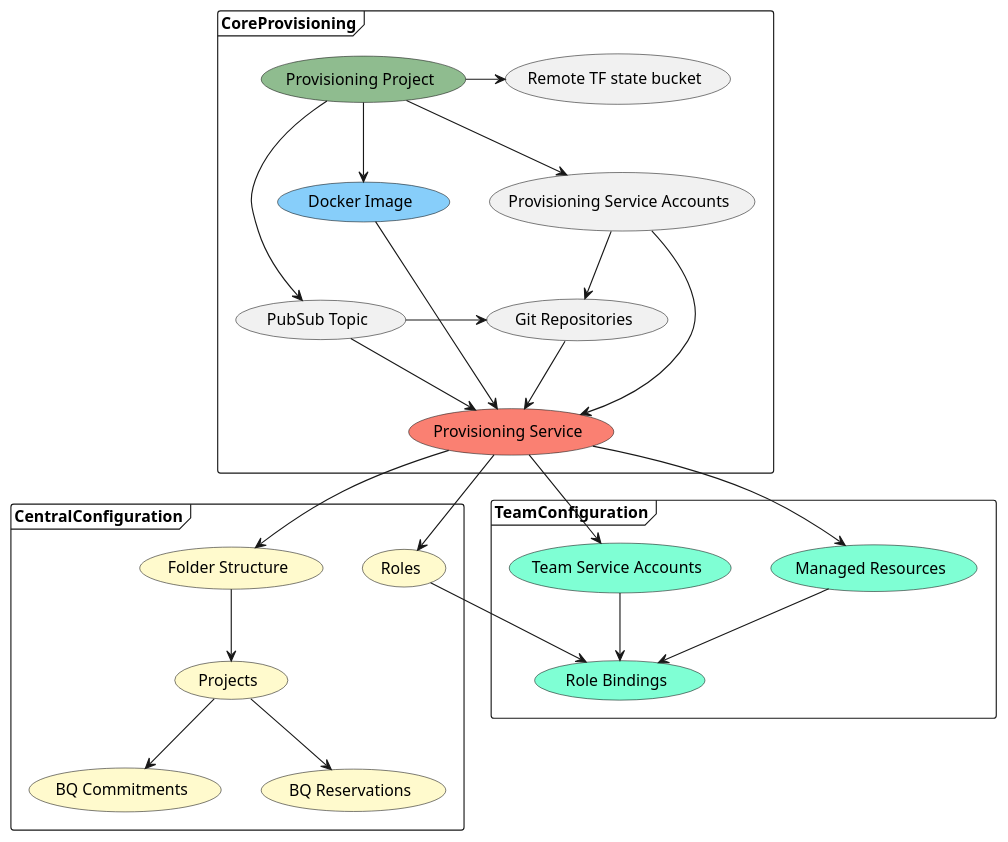
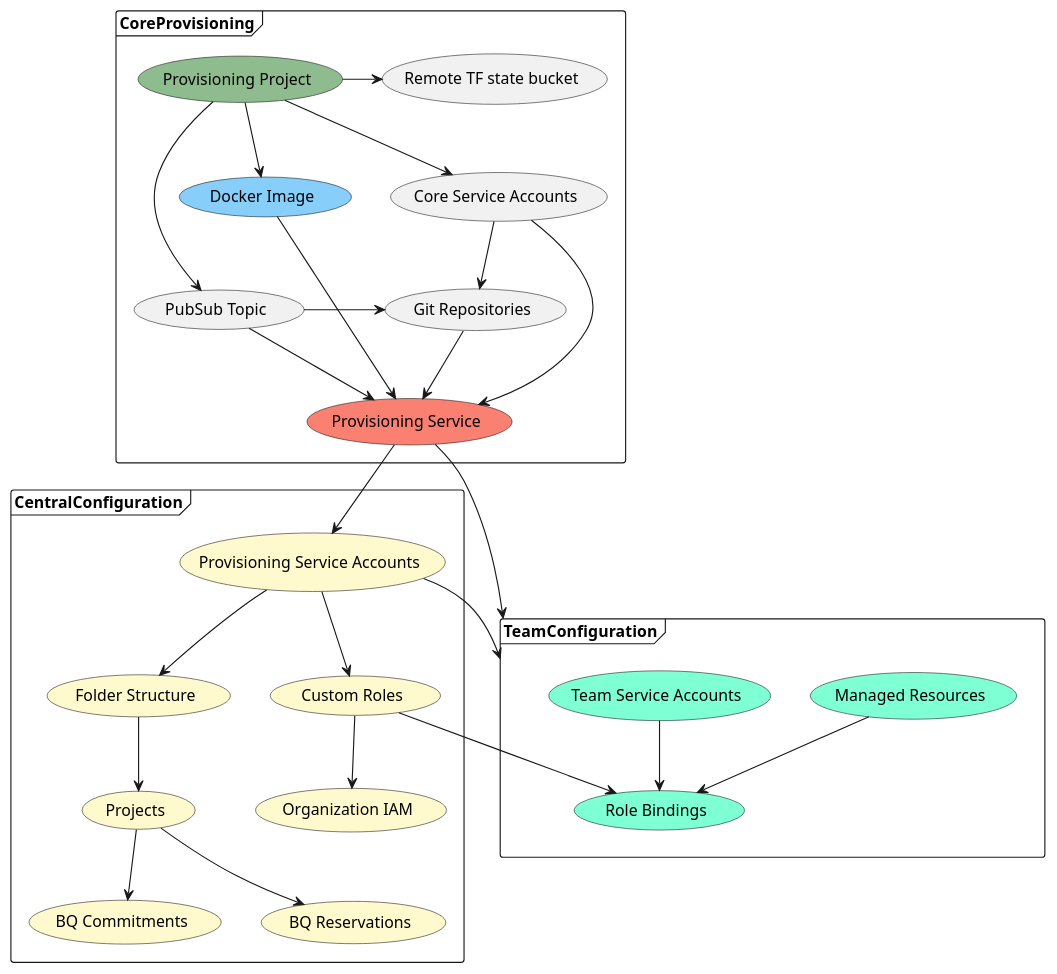
The diagram in puml/provisioning.puml (e-breuninger/git-beaver), drawn with PlantUML before and after one commit.

Commit message:
Added provisioning service accounts and Org IAM

```diff
--- a/puml/provisioning.puml
+++ b/puml/provisioning.puml
@@ -1,39 +1,43 @@
 @startuml
 frame CoreProvisioning {
 (Provisioning Project) #darkseagreen
 (Docker Image) #lightskyblue
 (Provisioning Service) #salmon
 (Provisioning Project) -> (Remote TF state bucket)
-(Provisioning Project) --> (Provisioning Service Accounts)
+(Provisioning Project) --> (Core Service Accounts)
 (Provisioning Project) ---> (PubSub Topic)
 (Provisioning Project) --> (Docker Image)
 (Docker Image) --> (Provisioning Service)
 (PubSub Topic) -> (Git Repositories)
-(Provisioning Service Accounts) --> (Git Repositories)
-(Provisioning Service Accounts) --> (Provisioning Service)
+(Core Service Accounts) --> (Git Repositories)
+(Core Service Accounts) --> (Provisioning Service)
 (PubSub Topic) --> (Provisioning Service)
 (Git Repositories) -> (Provisioning Service)
 }
 frame CentralConfiguration {
 (Folder Structure) #lemonchiffon
 (Projects) #lemonchiffon
-(Roles) #lemonchiffon
+(Organization IAM) #lemonchiffon
+(Custom Roles) #lemonchiffon
+(Provisioning Service Accounts) #lemonchiffon
 (BQ Commitments) #lemonchiffon
 (BQ Reservations) #lemonchiffon
-(Provisioning Service) --> (Folder Structure)
+(Provisioning Service Accounts) --> (Folder Structure)
 (Folder Structure)-->(Projects)
 (Projects)-->(BQ Commitments)
 (Projects)-->(BQ Reservations)
-(Provisioning Service) --> (Roles)
+(Provisioning Service) --> (Provisioning Service Accounts)
+(Provisioning Service Accounts) --> (Custom Roles)
+(Custom Roles) --> (Organization IAM)
 }
 frame TeamConfiguration {
 (Managed Resources) #aquamarine
 (Team Service Accounts) #aquamarine
 (Role Bindings) #aquamarine
-(Provisioning Service) --> (Team Service Accounts)
-(Provisioning Service) --> (Managed Resources)
+(Provisioning Service) --> TeamConfiguration
+(Provisioning Service Accounts) --> TeamConfiguration
 (Team Service Accounts) --> (Role Bindings)
 (Managed Resources) --> (Role Bindings)
-(Roles) --> (Role Bindings)
+(Custom Roles) --> (Role Bindings)
 }
 @enduml
```
